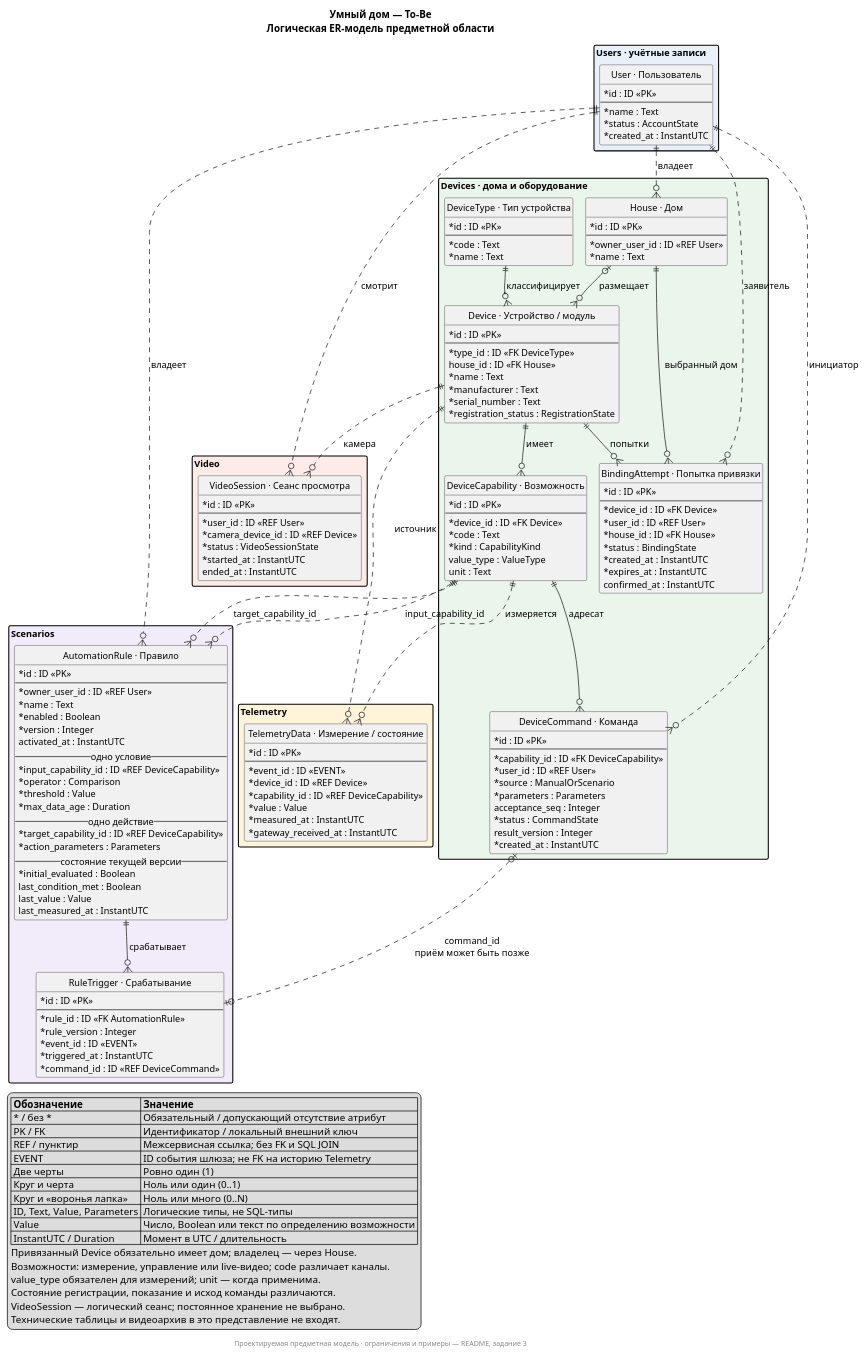
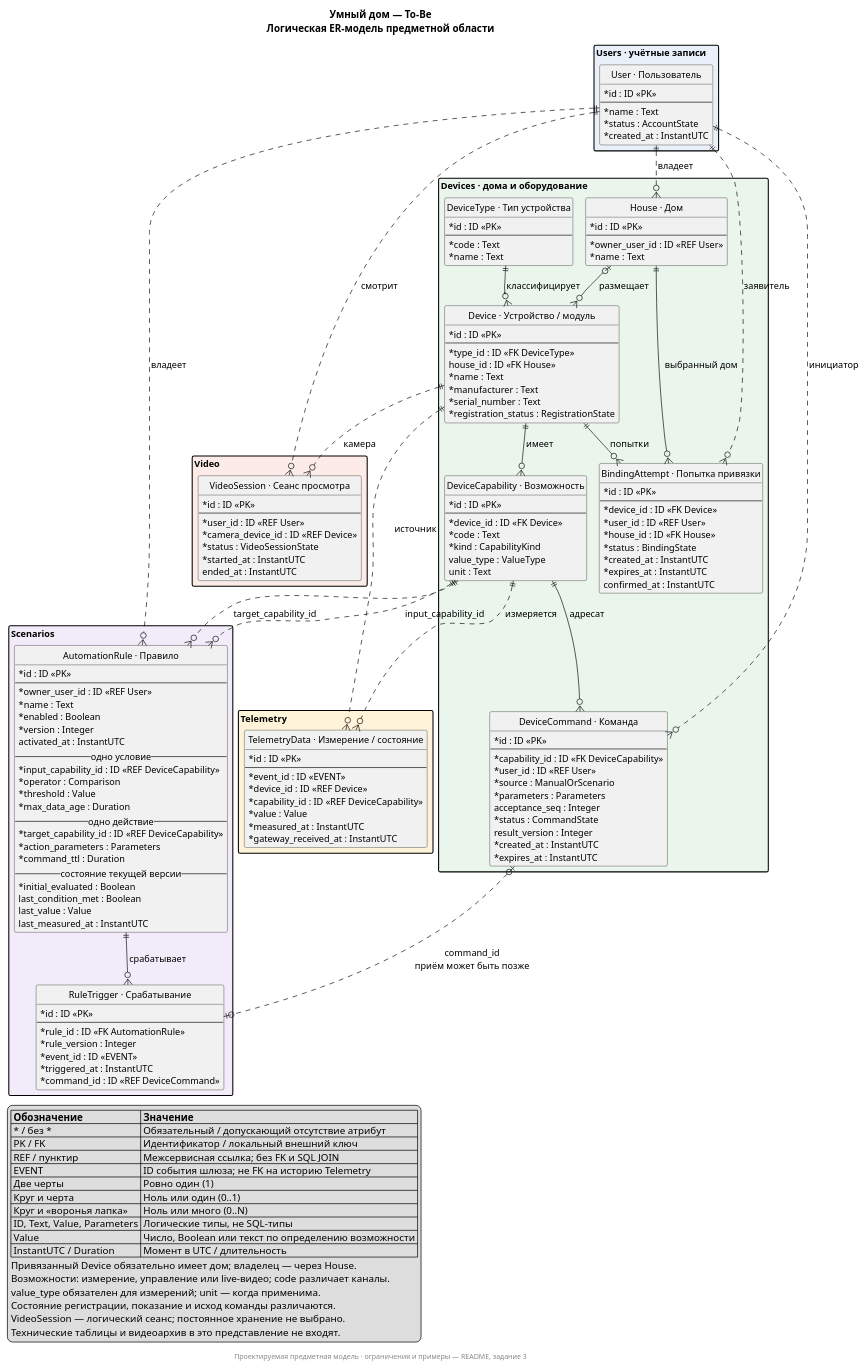
Before and after one commit to avitamin/architecture-pro-warmhouse: the diagram in schemas/to-be-er.puml, drawn with PlantUML. The commit also changed 30 other files, not shown here.

```diff
--- a/schemas/to-be-er.puml
+++ b/schemas/to-be-er.puml
@@ -1,190 +1,192 @@
 @startuml to-be-er
 !pragma layout smetana
 top to bottom direction
 hide circle
 skinparam defaultFontName SansSerif
 skinparam defaultFontSize 13
 skinparam shadowing false
 skinparam linetype polyline
 skinparam nodesep 50
 skinparam ranksep 80
 skinparam packageStyle rectangle
 skinparam packageTitleAlignment left
 skinparam classAttributeIconSize 0
 title Умный дом — To-Be\nЛогическая ER-модель предметной области
 
 package "Users · учётные записи" as UsersContext #EAF0FA {
   entity "User · Пользователь" as User {
     * id : ID <<PK>>
     --
     * name : Text
     * status : AccountState
     * created_at : InstantUTC
   }
 }
 
 package "Devices · дома и оборудование" as DevicesContext #EAF5EC {
   entity "House · Дом" as House {
     * id : ID <<PK>>
     --
     * owner_user_id : ID <<REF User>>
     * name : Text
   }
 
   entity "DeviceType · Тип устройства" as DeviceType {
     * id : ID <<PK>>
     --
     * code : Text
     * name : Text
   }
 
   entity "Device · Устройство / модуль" as Device {
     * id : ID <<PK>>
     --
     * type_id : ID <<FK DeviceType>>
     house_id : ID <<FK House>>
     * name : Text
     * manufacturer : Text
     * serial_number : Text
     * registration_status : RegistrationState
   }
 
   entity "DeviceCapability · Возможность" as Capability {
     * id : ID <<PK>>
     --
     * device_id : ID <<FK Device>>
     * code : Text
     * kind : CapabilityKind
     value_type : ValueType
     unit : Text
   }
 
   entity "BindingAttempt · Попытка привязки" as Binding {
     * id : ID <<PK>>
     --
     * device_id : ID <<FK Device>>
     * user_id : ID <<REF User>>
     * house_id : ID <<FK House>>
     * status : BindingState
     * created_at : InstantUTC
     * expires_at : InstantUTC
     confirmed_at : InstantUTC
   }
 
   entity "DeviceCommand · Команда" as Command {
     * id : ID <<PK>>
     --
     * capability_id : ID <<FK DeviceCapability>>
     * user_id : ID <<REF User>>
     * source : ManualOrScenario
     * parameters : Parameters
     acceptance_seq : Integer
     * status : CommandState
     result_version : Integer
     * created_at : InstantUTC
+    * expires_at : InstantUTC
   }
 }
 
 package "Telemetry" as TelemetryContext #FFF3D9 {
   entity "TelemetryData · Измерение / состояние" as Telemetry {
     * id : ID <<PK>>
     --
     * event_id : ID <<EVENT>>
     * device_id : ID <<REF Device>>
     * capability_id : ID <<REF DeviceCapability>>
     * value : Value
     * measured_at : InstantUTC
     * gateway_received_at : InstantUTC
   }
 }
 
 package "Scenarios" as ScenariosContext #F2EBF9 {
   entity "AutomationRule · Правило" as Rule {
     * id : ID <<PK>>
     --
     * owner_user_id : ID <<REF User>>
     * name : Text
     * enabled : Boolean
     * version : Integer
     activated_at : InstantUTC
     -- одно условие --
     * input_capability_id : ID <<REF DeviceCapability>>
     * operator : Comparison
     * threshold : Value
     * max_data_age : Duration
     -- одно действие --
     * target_capability_id : ID <<REF DeviceCapability>>
     * action_parameters : Parameters
+    * command_ttl : Duration
     -- состояние текущей версии --
     * initial_evaluated : Boolean
     last_condition_met : Boolean
     last_value : Value
     last_measured_at : InstantUTC
   }
 
   entity "RuleTrigger · Срабатывание" as Trigger {
     * id : ID <<PK>>
     --
     * rule_id : ID <<FK AutomationRule>>
     * rule_version : Integer
     * event_id : ID <<EVENT>>
     * triggered_at : InstantUTC
     * command_id : ID <<REF DeviceCommand>>
   }
 }
 
 package "Video" as VideoContext #FCEBE6 {
   entity "VideoSession · Сеанс просмотра" as Video {
     * id : ID <<PK>>
     --
     * user_id : ID <<REF User>>
     * camera_device_id : ID <<REF Device>>
     * status : VideoSessionState
     * started_at : InstantUTC
     ended_at : InstantUTC
   }
 }
 
 ' Сплошные линии — локальные FK. Кратности относятся к записям модели.
 House |o--o{ Device : размещает
 DeviceType ||--o{ Device : классифицирует
 Device ||--o{ Capability : имеет
 Device ||--o{ Binding : попытки
 House ||--o{ Binding : выбранный дом
 Capability ||--o{ Command : адресат
 Rule ||--o{ Trigger : срабатывает
 
 ' Пунктир — логические ссылки, даже при общей PostgreSQL.
 User ||..o{ House : владеет
 User ||..o{ Binding : заявитель
 User ||..o{ Command : инициатор
 User ||..o{ Rule : владеет
 User ||..o{ Video : смотрит
 Device ||..o{ Telemetry : источник
 Capability ||..o{ Telemetry : измеряется
 Capability ||..o{ Rule : input_capability_id
 Capability ||..o{ Rule : target_capability_id
 Device ||..o{ Video : камера
 Command |o..o| Trigger : command_id\nприём может быть позже
 
 legend bottom left
   |= Обозначение |= Значение |
   | * / без * | Обязательный / допускающий отсутствие атрибут |
   | PK / FK | Идентификатор / локальный внешний ключ |
   | REF / пунктир | Межсервисная ссылка; без FK и SQL JOIN |
   | EVENT | ID события шлюза; не FK на историю Telemetry |
   | Две черты | Ровно один (1) |
   | Круг и черта | Ноль или один (0..1) |
   | Круг и «воронья лапка» | Ноль или много (0..N) |
   | ID, Text, Value, Parameters | Логические типы, не SQL-типы |
   | Value | Число, Boolean или текст по определению возможности |
   | InstantUTC / Duration | Момент в UTC / длительность |
   Привязанный Device обязательно имеет дом; владелец — через House.
   Возможности: измерение, управление или live-видео; code различает каналы.
   value_type обязателен для измерений; unit — когда применима.
   Состояние регистрации, показание и исход команды различаются.
   VideoSession — логический сеанс; постоянное хранение не выбрано.
   Технические таблицы и видеоархив в это представление не входят.
 endlegend
 footer Проектируемая предметная модель · ограничения и примеры — README, задание 3
 @enduml
```
